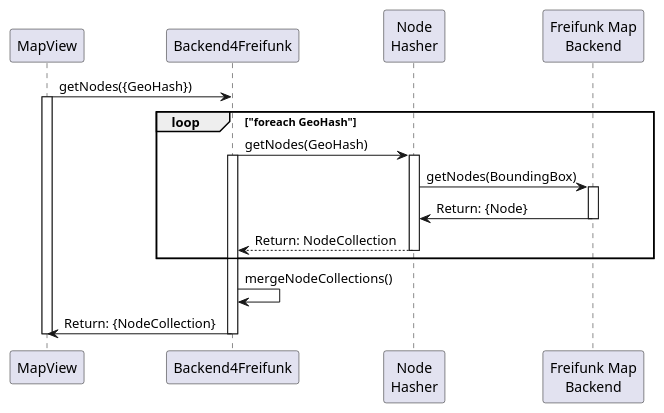
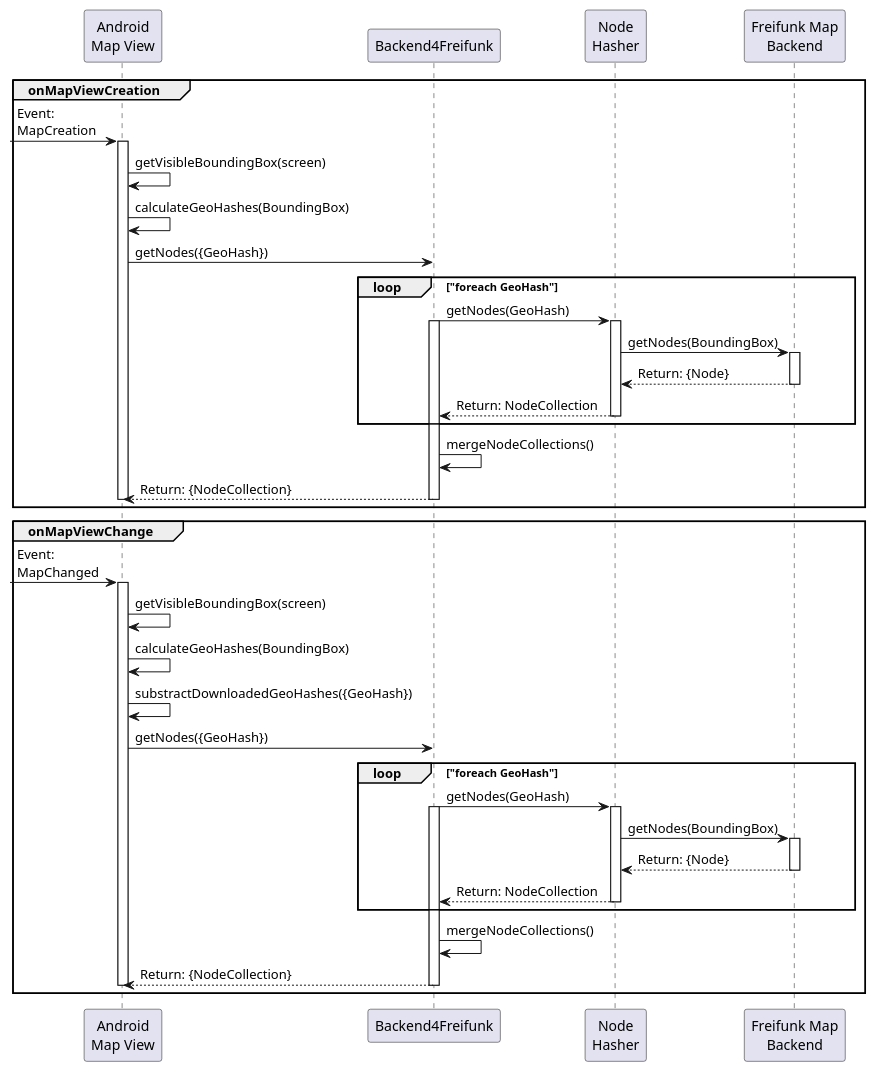
The diagram in documentation/sequence-diagram/loadNodes.puml (henningvs/freifunker-finder), drawn with PlantUML before and after one commit.

Commit message:
added events to documentation

```diff
--- a/documentation/sequence-diagram/loadNodes.puml
+++ b/documentation/sequence-diagram/loadNodes.puml
@@ -1,32 +1,77 @@
 @startuml
 
-participant MV as "MapView"
+participant MV as "Android\nMap View"
 participant B4FF as "Backend4Freifunk"
 participant NH as "Node\nHasher"
 participant FFB as "Freifunk Map\nBackend"
 
+group onMapViewCreation
 
-MV -> B4FF: getNodes({GeoHash})
-activate MV
+    [-> MV: Event: \nMapCreation
+    activate MV
+    MV -> MV: getVisibleBoundingBox(screen)
 
-    loop "foreach GeoHash"
-        B4FF -> NH: getNodes(GeoHash)
-        activate B4FF
-        activate NH
+    MV -> MV: calculateGeoHashes(BoundingBox)
 
-            NH -> FFB: getNodes(BoundingBox)
-            activate FFB
-            FFB -> NH: Return: {Node}
-            deactivate FFB
 
-        NH --> B4FF: Return: NodeCollection
-        deactivate NH
-    end
+    MV -> B4FF: getNodes({GeoHash})
 
-    B4FF -> B4FF: mergeNodeCollections()
+        loop "foreach GeoHash"
+            B4FF -> NH: getNodes(GeoHash)
+            activate B4FF
+            activate NH
 
-    B4FF -> MV: Return: {NodeCollection}
+                NH -> FFB: getNodes(BoundingBox)
+                activate FFB
+                FFB --> NH: Return: {Node}
+                deactivate FFB
 
-    deactivate B4FF
-deactivate MV
+            NH --> B4FF: Return: NodeCollection
+            deactivate NH
+        end
+
+        B4FF -> B4FF: mergeNodeCollections()
+
+        B4FF --> MV: Return: {NodeCollection}
+
+        deactivate B4FF
+    deactivate MV
+
+end
+
+group onMapViewChange
+
+    [-> MV: Event: \nMapChanged
+    activate MV
+    MV -> MV: getVisibleBoundingBox(screen)
+
+    MV -> MV: calculateGeoHashes(BoundingBox)
+
+    MV -> MV: substractDownloadedGeoHashes({GeoHash})
+
+    MV -> B4FF: getNodes({GeoHash})
+
+        loop "foreach GeoHash"
+            B4FF -> NH: getNodes(GeoHash)
+            activate B4FF
+            activate NH
+
+                NH -> FFB: getNodes(BoundingBox)
+                activate FFB
+                FFB --> NH: Return: {Node}
+                deactivate FFB
+
+            NH --> B4FF: Return: NodeCollection
+            deactivate NH
+        end
+
+        B4FF -> B4FF: mergeNodeCollections()
+
+        B4FF --> MV: Return: {NodeCollection}
+
+        deactivate B4FF
+    deactivate MV
+
+end
+
 @enduml
```
